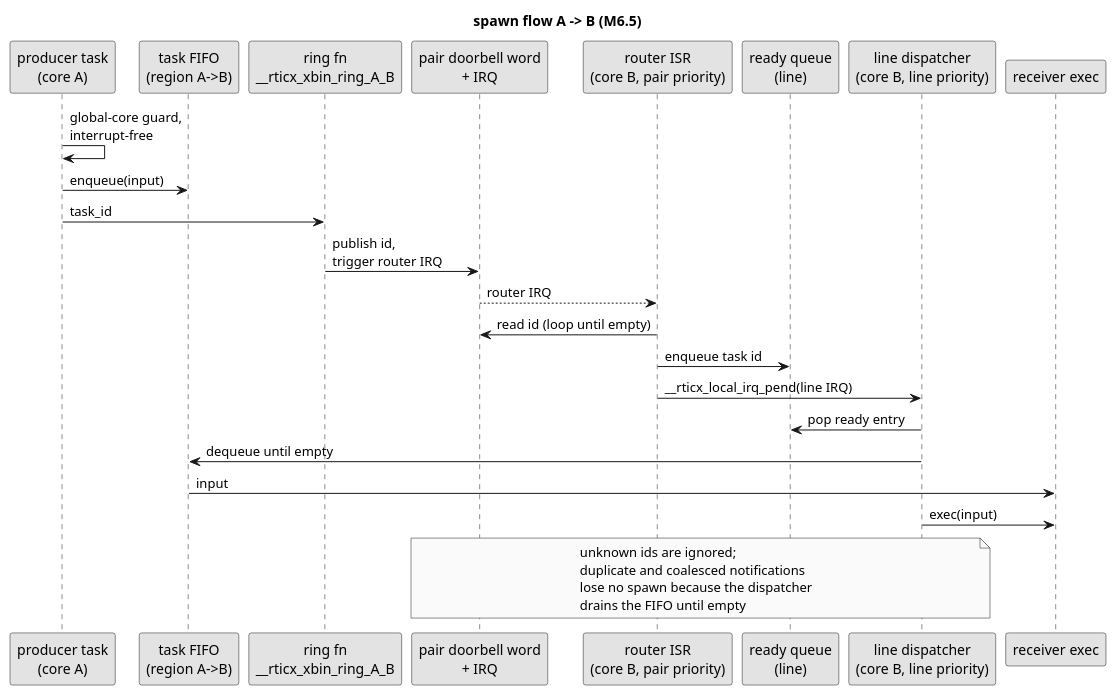
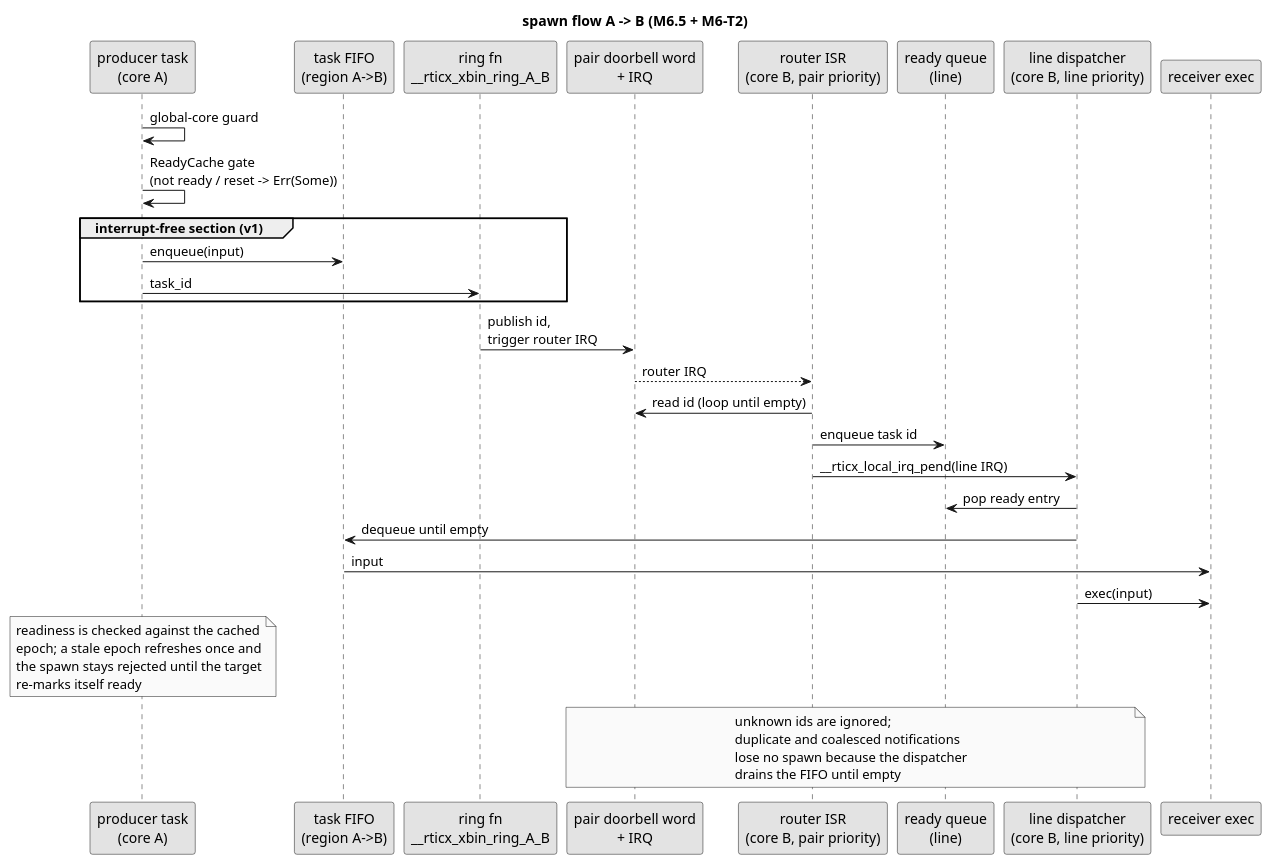
The diagram in experiments/multibinary/docs/diagrams/03-spawn-timeline.puml (rticx-rs/rticx), drawn with PlantUML before and after one commit. The commit also changed 42 other files, not shown here.

```diff
--- a/experiments/multibinary/docs/diagrams/03-spawn-timeline.puml
+++ b/experiments/multibinary/docs/diagrams/03-spawn-timeline.puml
@@ -1,41 +1,51 @@
 @startuml 03-spawn-timeline
-' Diagram 3 — Spawn flow A->B: producer, FIFO, ring function, doorbell router,
-' ready queue, line dispatcher, exec (M6.5).
-' Source of truth: docs/architecture.md §4 §7, plan §8.
+' Diagram 3 — Spawn flow A->B: producer, ready gate, FIFO, ring function,
+' doorbell router, ready queue, line dispatcher, exec (M6.5 + M6-T2).
+' Source of truth: docs/architecture.md §4 §8, plan §8.
 
-title spawn flow A -> B (M6.5)
+title spawn flow A -> B (M6.5 + M6-T2)
 
 skinparam shadowing false
 skinparam monochrome true
 skinparam defaultFontName monospace
 
 participant "producer task\n(core A)" as P
 participant "task FIFO\n(region A->B)" as F
 participant "ring fn\n__rticx_xbin_ring_A_B" as R
 participant "pair doorbell word\n+ IRQ" as D
 participant "router ISR\n(core B, pair priority)" as RT
 participant "ready queue\n(line)" as Q
 participant "line dispatcher\n(core B, line priority)" as DS
 participant "receiver exec" as X
 
-P -> P : global-core guard,\ninterrupt-free
-P -> F : enqueue(input)
-P -> R : task_id
+P -> P : global-core guard
+P -> P : ReadyCache gate\n(not ready / reset -> Err(Some))
+group interrupt-free section (v1)
+  P -> F : enqueue(input)
+  P -> R : task_id
+end
 R -> D : publish id,\ntrigger router IRQ
 D --> RT : router IRQ
 RT -> D : read id (loop until empty)
 RT -> Q : enqueue task id
 RT -> DS : __rticx_local_irq_pend(line IRQ)
 DS -> Q : pop ready entry
 DS -> F : dequeue until empty
 F -> X : input
 DS -> X : exec(input)
 
+note over P
+  readiness is checked against the cached
+  epoch; a stale epoch refreshes once and
+  the spawn stays rejected until the target
+  re-marks itself ready
+end note
+
 note over D, DS
   unknown ids are ignored;
   duplicate and coalesced notifications
   lose no spawn because the dispatcher
   drains the FIFO until empty
 end note
 
 @enduml
```
